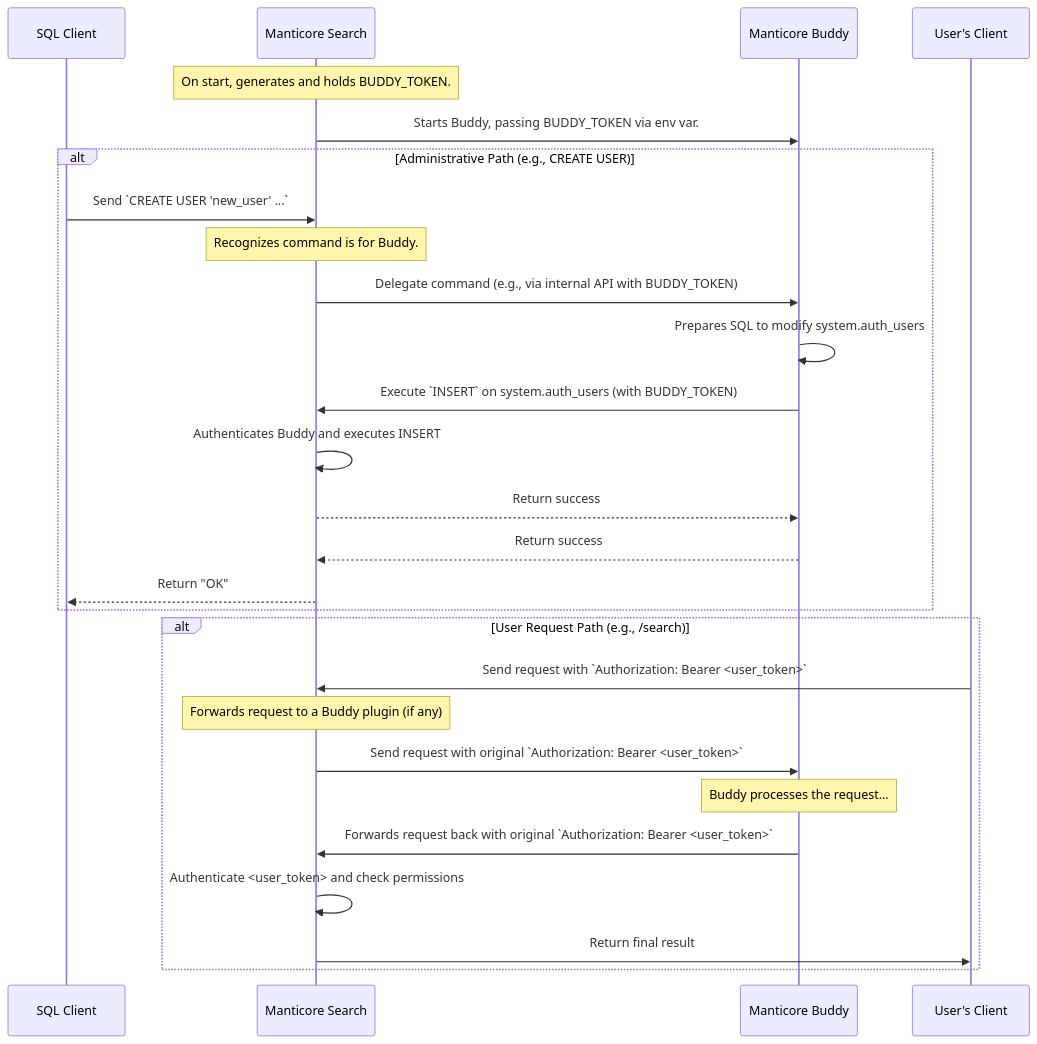
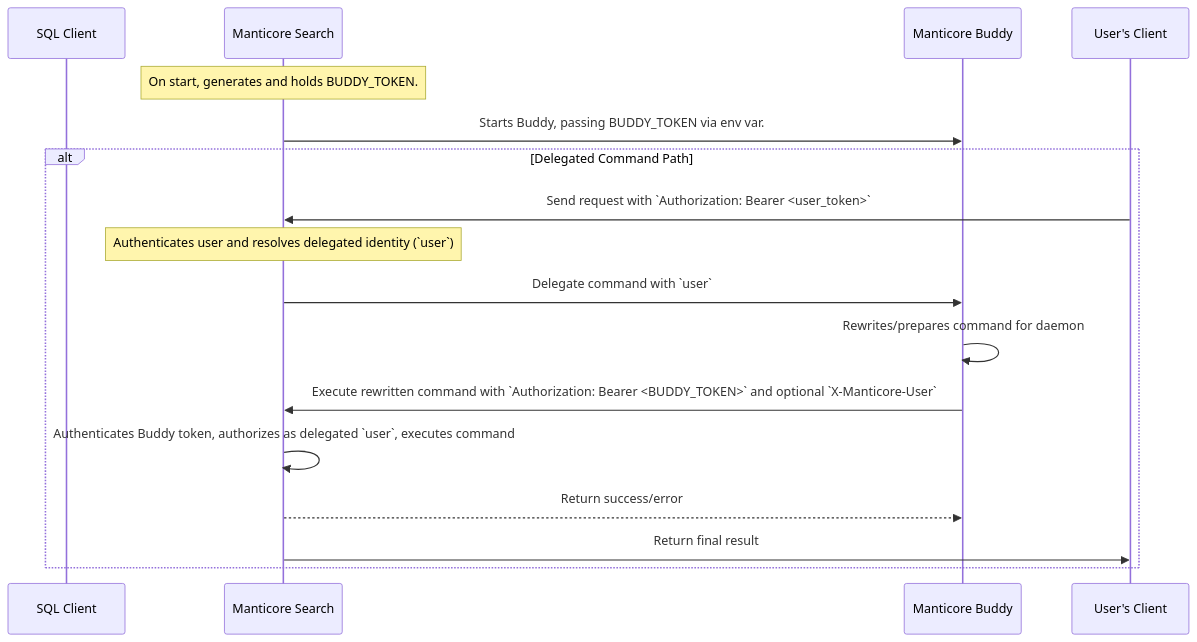
The third of 3 diagrams in src/auth/spec.md (manticoresoftware/manticoresearch), drawn with Mermaid before and after one commit. The commit also changed other lines of this file and 32 other files, not shown here.

````diff
--- a/src/auth/spec.md
+++ b/src/auth/spec.md
@@ -896,32 +947,21 @@
 ```mermaid
 sequenceDiagram
     participant SQLClient as SQL Client
     participant ManticoreSearch as Manticore Search
     participant Buddy as Manticore Buddy
     participant EndUserClient as User's Client
 
     Note over ManticoreSearch: On start, generates and holds BUDDY_TOKEN.
     ManticoreSearch->>Buddy: Starts Buddy, passing BUDDY_TOKEN via env var.
 
-    alt Administrative Path (e.g., CREATE USER)
-        SQLClient->>ManticoreSearch: Send `CREATE USER 'new_user' ...`
-        Note over ManticoreSearch: Recognizes command is for Buddy.
-        ManticoreSearch->>Buddy: Delegate command (e.g., via internal API with BUDDY_TOKEN)
-        Buddy->>Buddy: Prepares SQL to modify system.auth_users
-        Buddy->>ManticoreSearch: Execute `INSERT` on system.auth_users (with BUDDY_TOKEN)
-        ManticoreSearch->>ManticoreSearch: Authenticates Buddy and executes INSERT
-        ManticoreSearch-->>Buddy: Return success
-        Buddy-->>ManticoreSearch: Return success
-        ManticoreSearch-->>SQLClient: Return "OK"
-    end
-
-    alt User Request Path (e.g., /search)
+    alt Delegated Command Path
         EndUserClient->>ManticoreSearch: Send request with `Authorization: Bearer <user_token>`
-        Note over ManticoreSearch: Forwards request to a Buddy plugin (if any)
-        ManticoreSearch->>Buddy: Send request with original `Authorization: Bearer <user_token>`
-        Note over Buddy: Buddy processes the request...
-        Buddy->>ManticoreSearch: Forwards request back with original `Authorization: Bearer <user_token>`
-        ManticoreSearch->>ManticoreSearch: Authenticate <user_token> and check permissions
+        Note over ManticoreSearch: Authenticates user and resolves delegated identity (`user`)
+        ManticoreSearch->>Buddy: Delegate command with `user`
+        Buddy->>Buddy: Rewrites/prepares command for daemon
+        Buddy->>ManticoreSearch: Execute rewritten command with `Authorization: Bearer <BUDDY_TOKEN>` and optional `X-Manticore-User`
+        ManticoreSearch->>ManticoreSearch: Authenticates Buddy token, authorizes as delegated `user`, executes command
+        ManticoreSearch-->>Buddy: Return success/error
         ManticoreSearch->>EndUserClient: Return final result
     end
 ```
````
